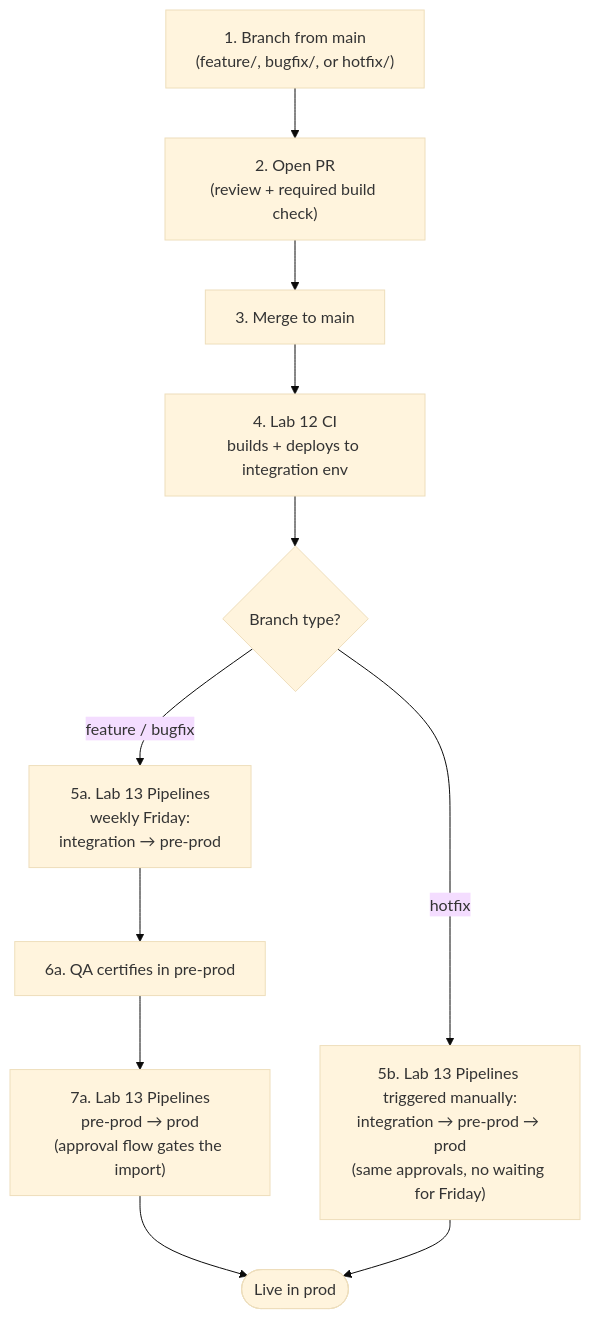
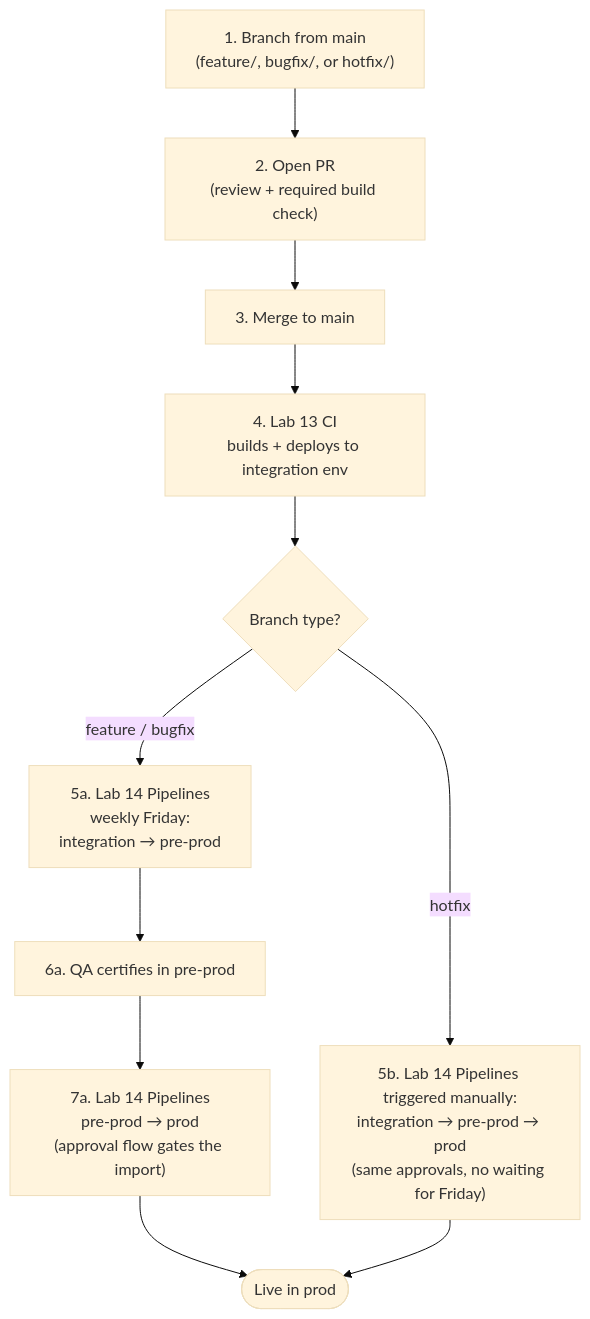
One commit to neerajnandwana-msft/powerpages-lab changed the second of 2 diagrams in docs/alm/12-branching-and-workflows.md. Above: the diagram before and after it, drawn with Mermaid (base theme). The commit also changed other lines of this file and 16 other files, not shown here.

````diff
--- a/docs/alm/12-branching-and-workflows.md
+++ b/docs/alm/12-branching-and-workflows.md
@@ -361,17 +363,17 @@
 ```mermaid
 flowchart TD
     Branch["1. Branch from main<br/>(feature/, bugfix/, or hotfix/)"]
     PR["2. Open PR<br/>(review + required build check)"]
     Merge["3. Merge to main"]
-    GHA["4. Lab 12 CI<br/>builds + deploys to integration env"]
+    GHA["4. Lab 13 CI<br/>builds + deploys to integration env"]
     Trigger{Branch type?}
-    Weekly["5a. Lab 13 Pipelines<br/>weekly Friday:<br/>integration → pre-prod"]
+    Weekly["5a. Lab 14 Pipelines<br/>weekly Friday:<br/>integration → pre-prod"]
     QA["6a. QA certifies in pre-prod"]
-    ProdApproval["7a. Lab 13 Pipelines<br/>pre-prod → prod<br/>(approval flow gates the import)"]
-    HotfixManual["5b. Lab 13 Pipelines triggered manually:<br/>integration → pre-prod → prod<br/>(same approvals, no waiting for Friday)"]
+    ProdApproval["7a. Lab 14 Pipelines<br/>pre-prod → prod<br/>(approval flow gates the import)"]
+    HotfixManual["5b. Lab 14 Pipelines triggered manually:<br/>integration → pre-prod → prod<br/>(same approvals, no waiting for Friday)"]
     Live(["Live in prod"])
 
     Branch --> PR --> Merge --> GHA --> Trigger
     Trigger -->|"feature / bugfix"| Weekly --> QA --> ProdApproval --> Live
     Trigger -->|hotfix| HotfixManual --> Live
 ```
````
